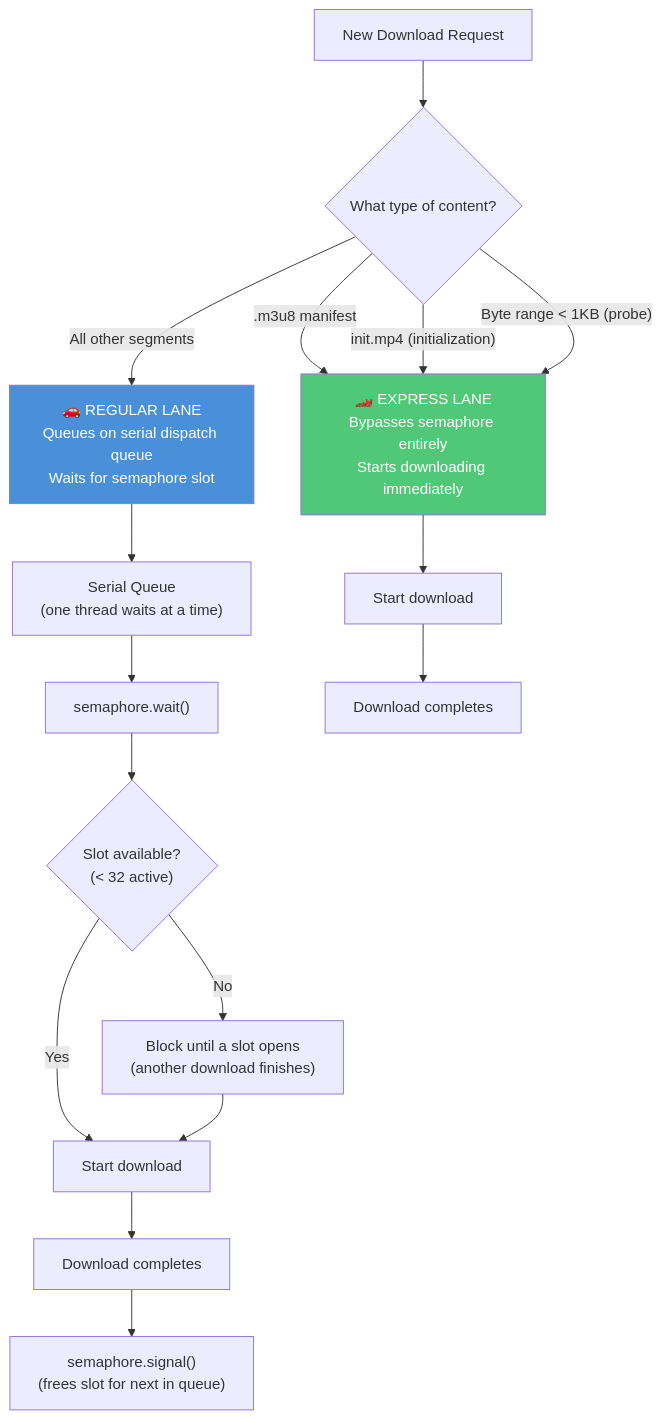
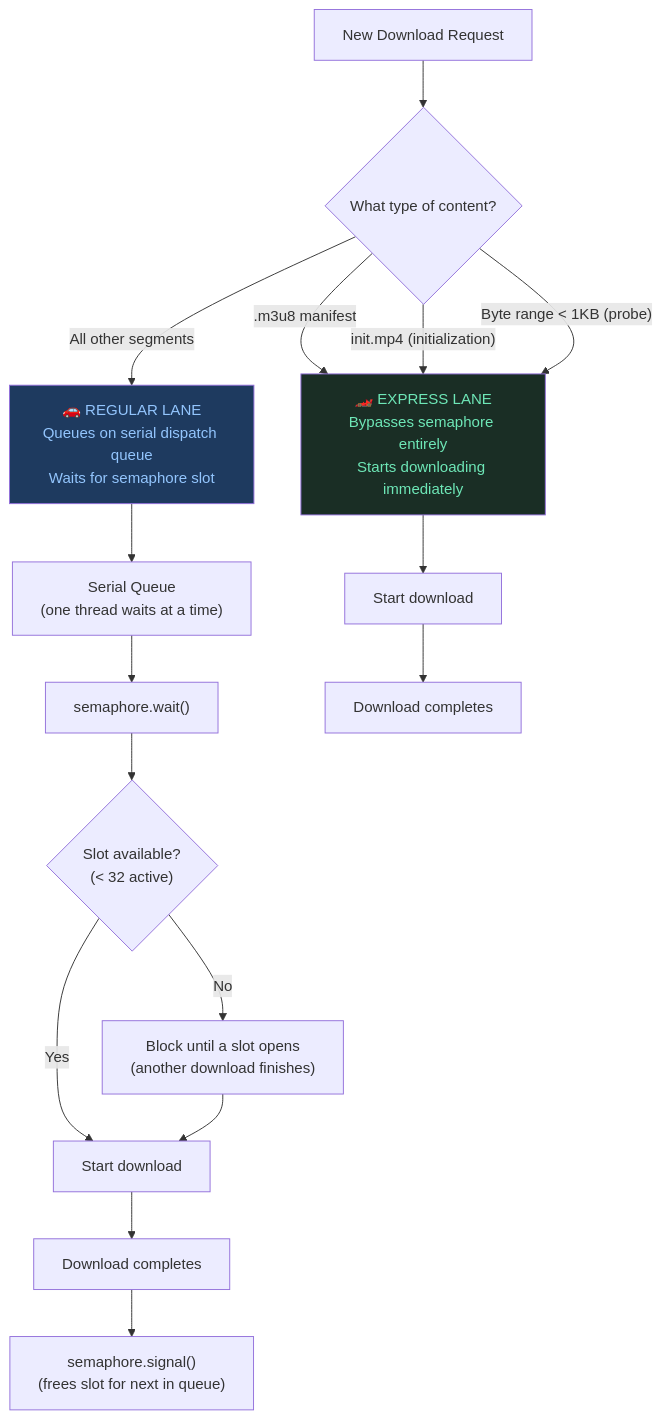
Before and after one commit to Monisankarnath/monisankarnath-portfolio: diagram 11 of 13 in src/content/case-studies/expo-video-ios-offline-caching.md, drawn with Mermaid. The commit also changed other lines of this file and 19 other files, not shown here.

Commit message:
chore: mermaid build and listing revamp

````diff
--- a/src/content/case-studies/expo-video-ios-offline-caching.md
+++ b/src/content/case-studies/expo-video-ios-offline-caching.md
@@ -676,25 +678,25 @@
 ```mermaid
 flowchart TD
     Request["New Download Request"] --> Classify{"What type of content?"}
 
-    Classify -->|".m3u8 manifest"| Fast["🏎️ EXPRESS LANE\nBypasses semaphore entirely\nStarts downloading immediately"]
+    Classify -->|".m3u8 manifest"| Fast["🏎️ EXPRESS LANE<br/>Bypasses semaphore entirely<br/>Starts downloading immediately"]
     Classify -->|"init.mp4 (initialization)"| Fast
     Classify -->|"Byte range < 1KB (probe)"| Fast
-    Classify -->|"All other segments"| Slow["🚗 REGULAR LANE\nQueues on serial dispatch queue\nWaits for semaphore slot"]
+    Classify -->|"All other segments"| Slow["🚗 REGULAR LANE<br/>Queues on serial dispatch queue<br/>Waits for semaphore slot"]
 
-    Slow --> SerialQueue["Serial Queue\n(one thread waits at a time)"]
+    Slow --> SerialQueue["Serial Queue<br/>(one thread waits at a time)"]
     SerialQueue --> Wait["semaphore.wait()"]
-    Wait --> Available{"Slot available?\n(< 32 active)"}
+    Wait --> Available{"Slot available?<br/>(< 32 active)"}
     Available -->|"Yes"| Start["Start download"]
-    Available -->|"No"| Block["Block until a slot opens\n(another download finishes)"]
+    Available -->|"No"| Block["Block until a slot opens<br/>(another download finishes)"]
     Block --> Start
 
     Fast --> StartFast["Start download"]
 
     Start --> Complete["Download completes"]
-    Complete --> Signal["semaphore.signal()\n(frees slot for next in queue)"]
+    Complete --> Signal["semaphore.signal()<br/>(frees slot for next in queue)"]
     StartFast --> CompleteFast["Download completes"]
 
-    style Fast fill:#50C878,color:#fff
-    style Slow fill:#4A90D9,color:#fff
+    style Fast fill:#1a2e25,color:#6ee7b7
+    style Slow fill:#1e3a5f,color:#93c5fd
 ```
````
